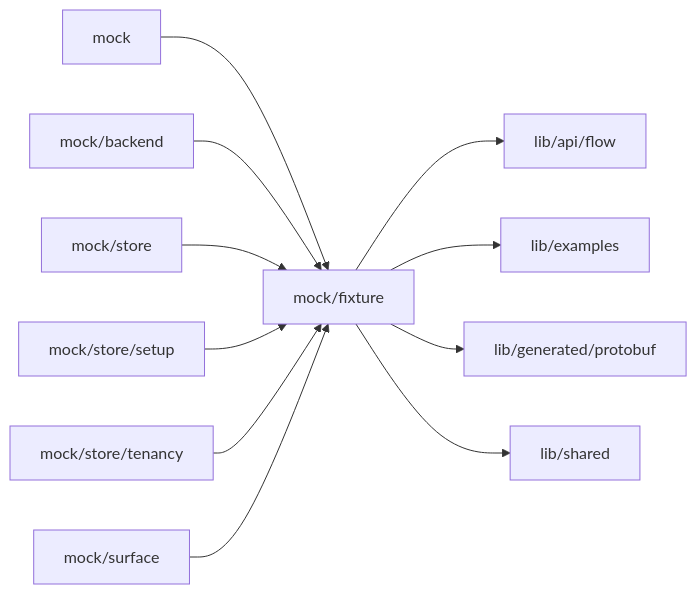
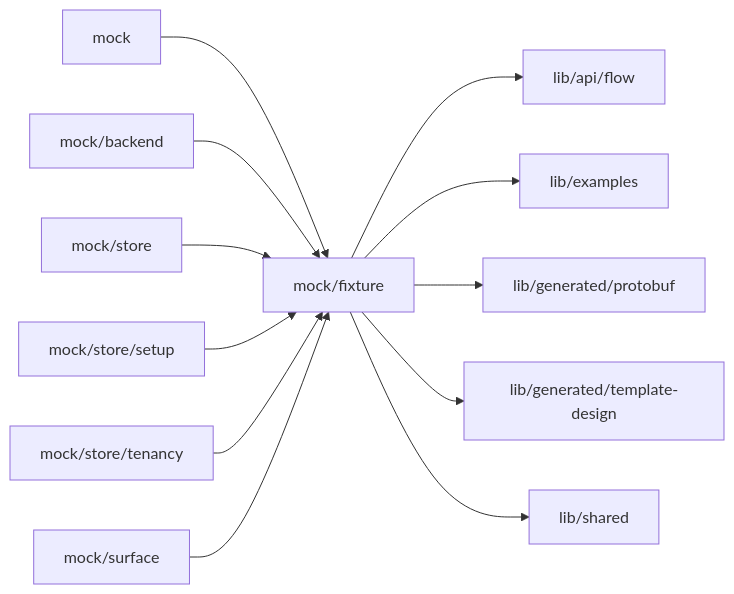
One commit to superdurable/superverse changed the diagram in web/studio/mock/fixture/README.md. Above: the diagram before and after it, drawn with Mermaid. The commit also changed other lines of this file and 89 other files, not shown here.

First line of the commit message:
EXFLOW: Show the real flow whenever one exists, and count an example's first build in real Steps

````diff
--- a/web/studio/mock/fixture/README.md
+++ b/web/studio/mock/fixture/README.md
@@ -10,14 +10,15 @@
 ```mermaid
 flowchart LR
   self["mock/fixture"]
   c0["mock"] --> self
   c1["mock/backend"] --> self
   c2["mock/store"] --> self
   c3["mock/store/setup"] --> self
   c4["mock/store/tenancy"] --> self
   c5["mock/surface"] --> self
   self --> d0["lib/api/flow"]
   self --> d1["lib/examples"]
   self --> d2["lib/generated/protobuf"]
-  self --> d3["lib/shared"]
+  self --> d3["lib/generated/template-design"]
+  self --> d4["lib/shared"]
 ```
````
